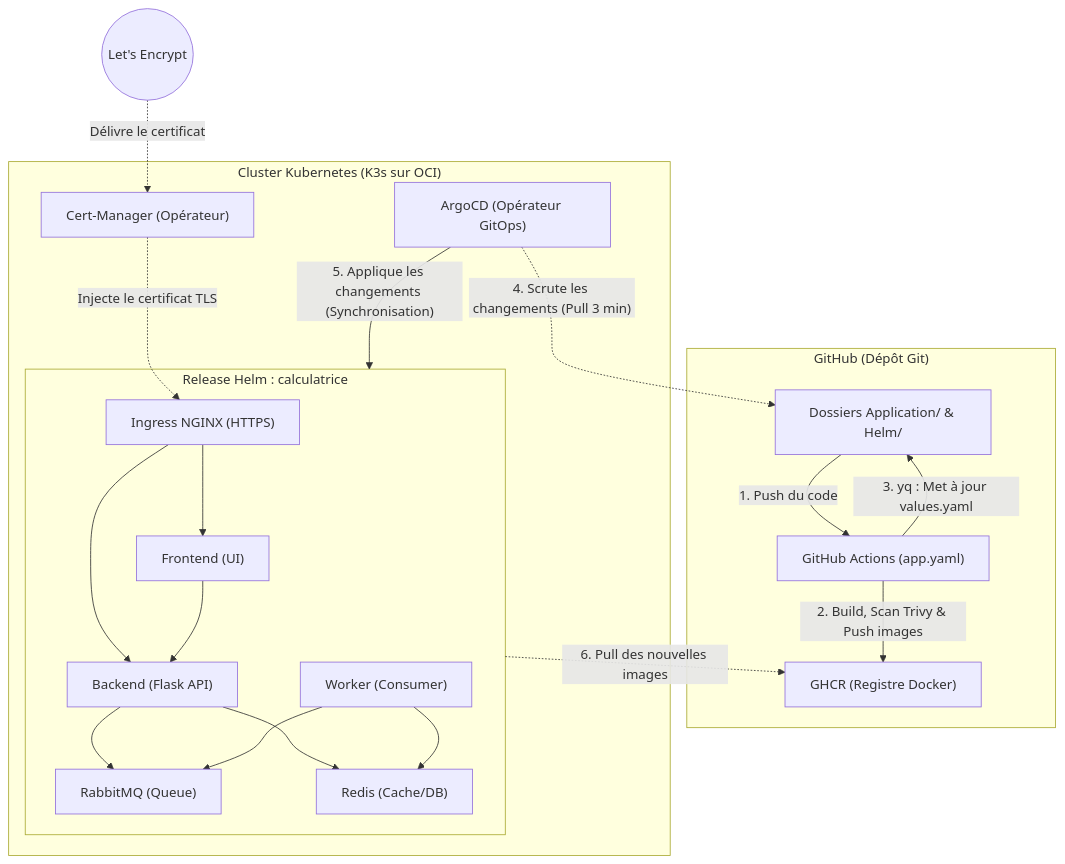
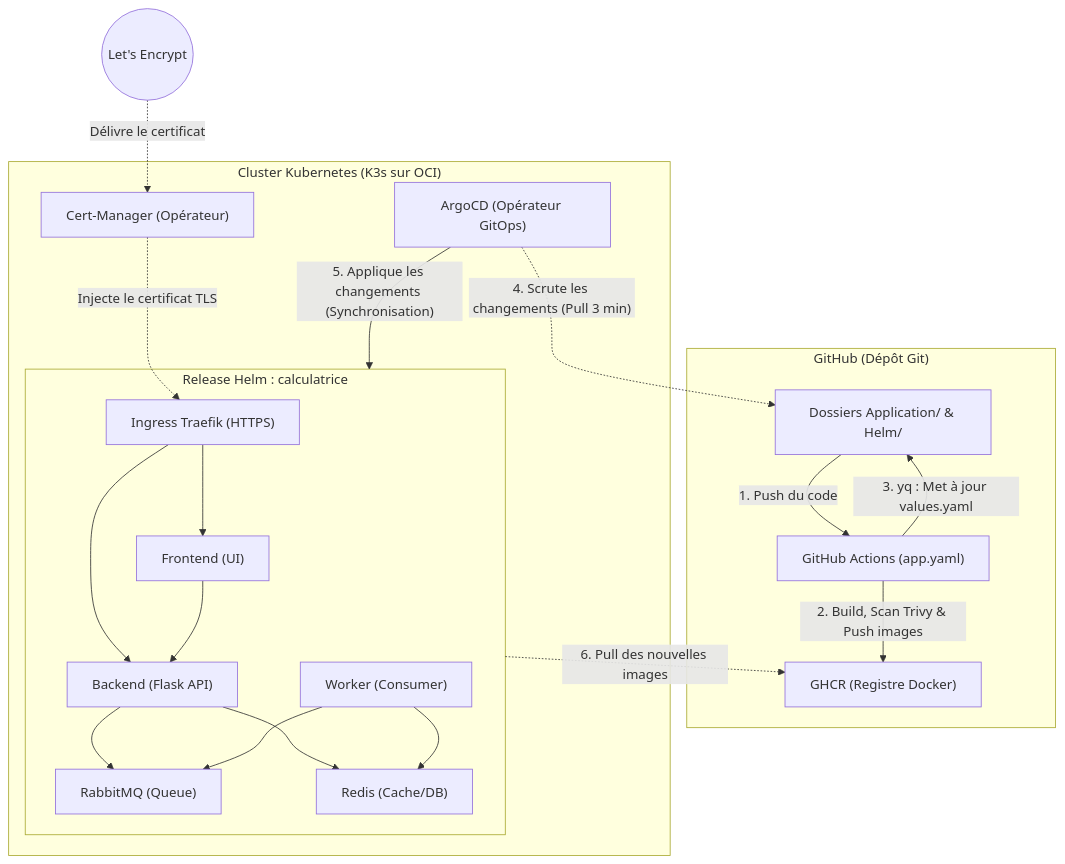
Before and after one commit to Noureddine-t/virtualisation-et-cloud-computing: the second of 2 diagrams in README.md, drawn with Mermaid. The commit also changed 5 other files, not shown here.

Commit message:
fix: add terraform lifecycle ignore_changes, exclude README from gha workflows and replace NGINX with Traefik Ingress in readmes

````diff
--- a/README.md
+++ b/README.md
@@ -105,40 +105,40 @@
 ```mermaid
 graph TB
     subgraph GitHub ["GitHub (Dépôt Git)"]
         code["Dossiers Application/ & Helm/"]
         gha["GitHub Actions (app.yaml)"]
         ghcr["GHCR (Registre Docker)"]
         
         code -->|"1. Push du code"| gha
         gha -->|"2. Build, Scan Trivy & Push images"| ghcr
         gha -->|"3. yq : Met à jour values.yaml"| code
     end
 
     subgraph Cluster ["Cluster Kubernetes (K3s sur OCI)"]
         ArgoCD["ArgoCD (Opérateur GitOps)"]
         CertManager["Cert-Manager (Opérateur)"]
         
         subgraph Helm ["Release Helm : calculatrice"]
-            Ingress["Ingress NGINX (HTTPS)"]
+            Ingress["Ingress Traefik (HTTPS)"]
             Front["Frontend (UI)"]
             API["Backend (Flask API)"]
             Consumer["Worker (Consumer)"]
             RabbitMQ["RabbitMQ (Queue)"]
             Redis["Redis (Cache/DB)"]
             
             Ingress --> Front
             Ingress --> API
             Front --> API
             API --> RabbitMQ
             Consumer --> RabbitMQ
             API --> Redis
             Consumer --> Redis
         end
         ArgoCD -->|"5. Applique les changements (Synchronisation)"| Helm
         CertManager -.->|"Injecte le certificat TLS"| Ingress
     end
     
     LetsEncrypt(("Let's Encrypt")) -.->|"Délivre le certificat"| CertManager
     ArgoCD -.->|"4. Scrute les changements (Pull 3 min)"| code
     Helm -.->|"6. Pull des nouvelles images"| ghcr
 ```
````
